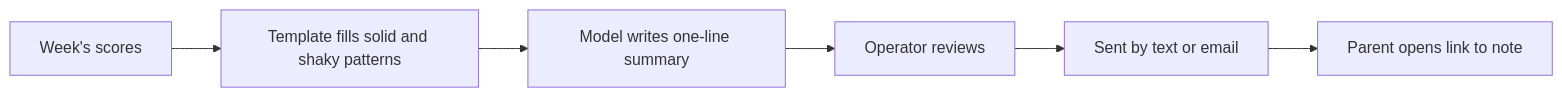
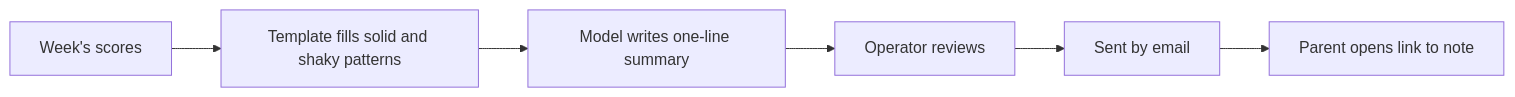
The third of 3 diagrams in docs/03-ux-flows.md (Nishi46/primer), drawn with Mermaid before and after one commit. The commit also changed other lines of this file and 4 other files, not shown here.

````diff
--- a/docs/03-ux-flows.md
+++ b/docs/03-ux-flows.md
@@ -45,8 +45,8 @@
 ```mermaid
 flowchart LR
     A[Week's scores] --> B[Template fills solid and shaky patterns]
     B --> C[Model writes one-line summary]
     C --> D[Operator reviews]
-    D --> E[Sent by text or email]
+    D --> E[Sent by email]
     E --> F[Parent opens link to note]
 ```
````
